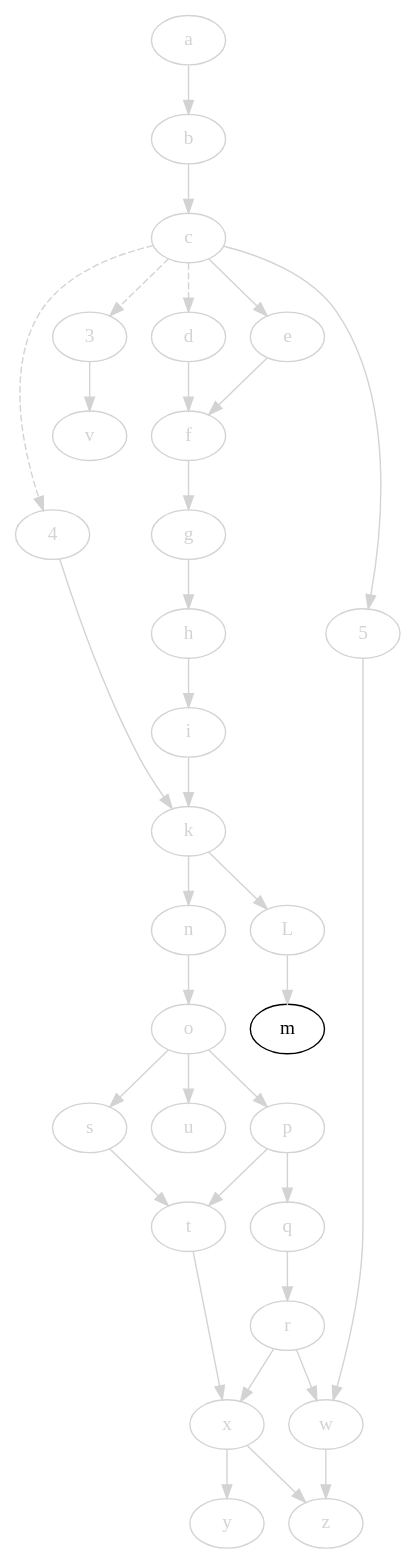
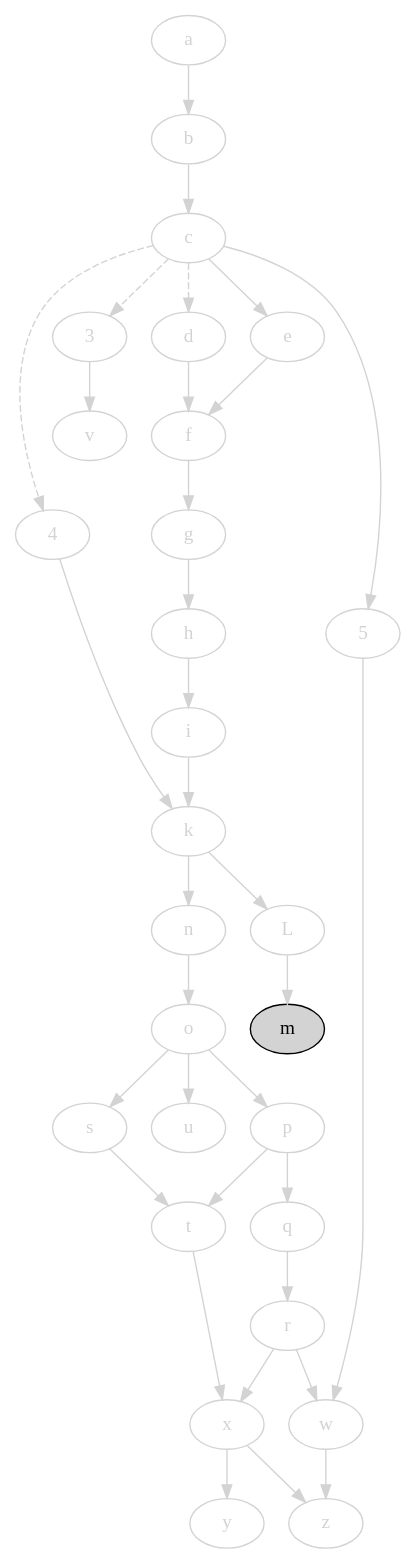
The diagram in svm-startup-deps.dot (jdmpapin/svm-startup-deps), drawn with Graphviz before and after one commit. The commit also changed 1 other file, not shown here.

```diff
--- a/svm-startup-deps.dot
+++ b/svm-startup-deps.dot
@@ -1,67 +1,67 @@
 digraph {
     // open: [style=filled,fillcolor=lightgrey]
     // closed: [color=lightgrey,fontcolor=lightgrey]
 
     4 [color=lightgrey,fontcolor=lightgrey];
     3 [color=lightgrey,fontcolor=lightgrey];
     a [color=lightgrey,fontcolor=lightgrey];
     b [color=lightgrey,fontcolor=lightgrey];
     c [color=lightgrey,fontcolor=lightgrey];
     d [color=lightgrey,fontcolor=lightgrey];
     e [color=lightgrey,fontcolor=lightgrey];
     f [color=lightgrey,fontcolor=lightgrey];
     g [color=lightgrey,fontcolor=lightgrey];
     h [color=lightgrey,fontcolor=lightgrey];
     i [color=lightgrey,fontcolor=lightgrey];
     k [color=lightgrey,fontcolor=lightgrey];
     L [color=lightgrey,fontcolor=lightgrey];
-    m;
+    m [style=filled,fillcolor=lightgrey];
     5 [color=lightgrey,fontcolor=lightgrey];
     n [color=lightgrey,fontcolor=lightgrey];
     o [color=lightgrey,fontcolor=lightgrey];
     p [color=lightgrey,fontcolor=lightgrey];
     q [color=lightgrey,fontcolor=lightgrey];
     r [color=lightgrey,fontcolor=lightgrey];
     s [color=lightgrey,fontcolor=lightgrey];
     t [color=lightgrey,fontcolor=lightgrey];
     u [color=lightgrey,fontcolor=lightgrey];
     v [color=lightgrey,fontcolor=lightgrey];
     w [color=lightgrey,fontcolor=lightgrey];
     x [color=lightgrey,fontcolor=lightgrey];
     y [color=lightgrey,fontcolor=lightgrey];
     z [color=lightgrey,fontcolor=lightgrey];
 
     4 -> k [color=lightgrey];
     c -> 4 [style=dashed,color=lightgrey];
     c -> 3 [style=dashed,color=lightgrey];
     c -> d [style=dashed,color=lightgrey];
     3 -> v [color=lightgrey];
     a -> b [color=lightgrey];
     b -> c [color=lightgrey];
     c -> e [color=lightgrey];
     c -> 5 [color=lightgrey];
     d -> f [color=lightgrey];
     e -> f [color=lightgrey];
     f -> g [color=lightgrey];
     g -> h [color=lightgrey];
     h -> i [color=lightgrey];
     i -> k [color=lightgrey];
     k -> L [color=lightgrey];
     L -> m [color=lightgrey];
     k -> n [color=lightgrey];
     n -> o [color=lightgrey];
     o -> p [color=lightgrey];
     p -> q [color=lightgrey];
     q -> r [color=lightgrey];
     o -> s [color=lightgrey];
     s -> t [color=lightgrey];
     p -> t [color=lightgrey];
     o -> u [color=lightgrey];
     5 -> w [color=lightgrey];
     r -> w [color=lightgrey];
     t -> x [color=lightgrey];
     r -> x [color=lightgrey];
     x -> y [color=lightgrey];
     x -> z [color=lightgrey];
     w -> z [color=lightgrey];
 }
```
